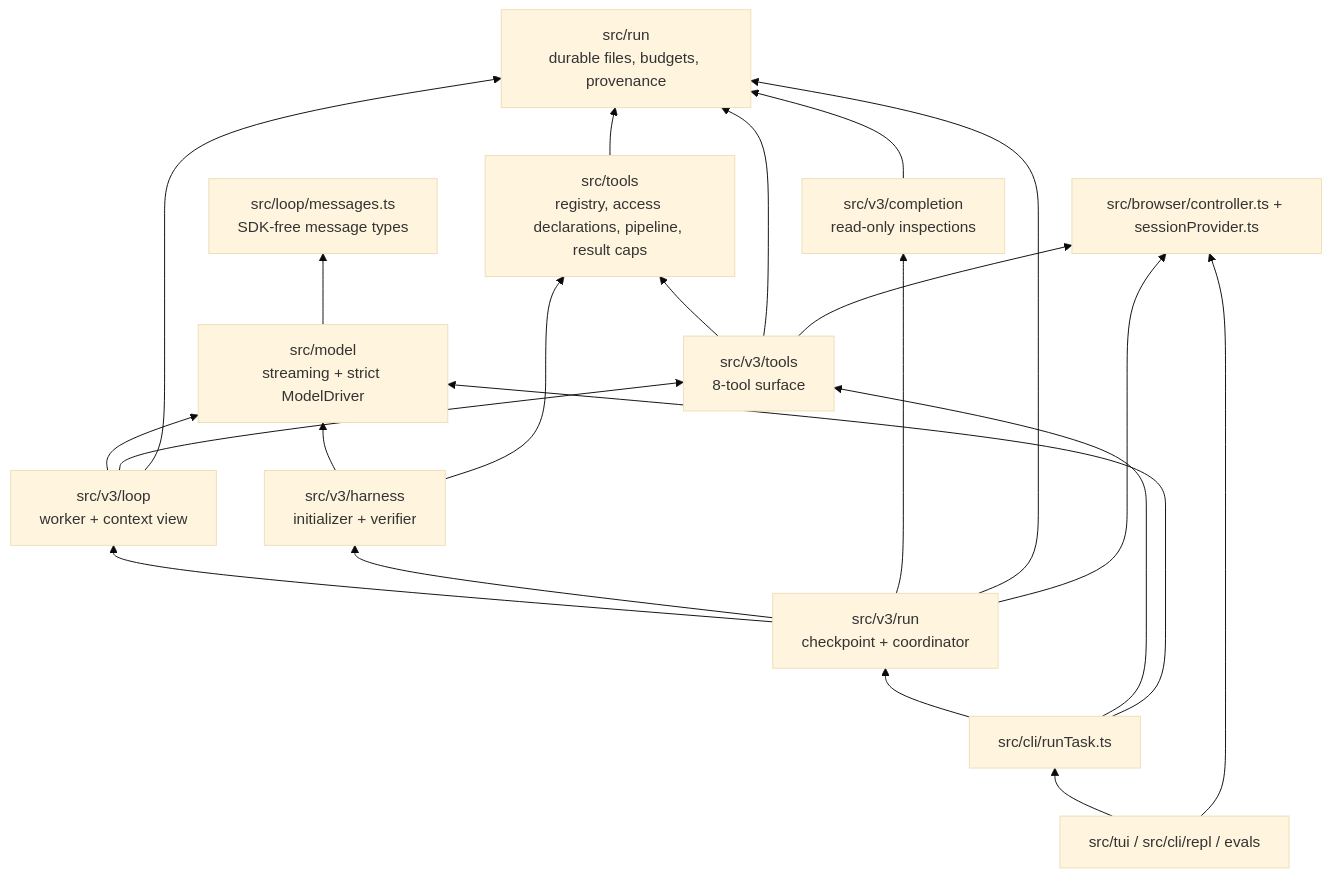
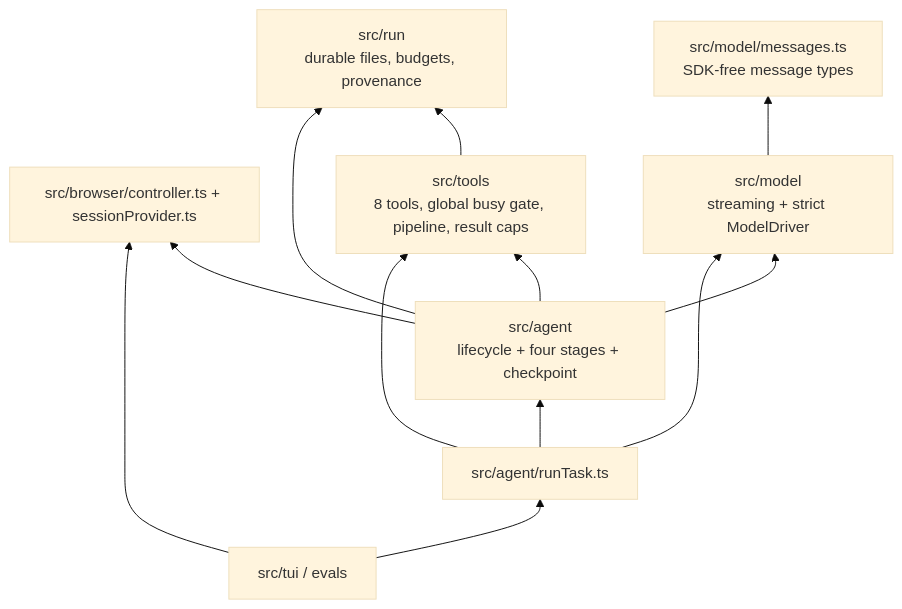
The second of 2 diagrams in .agents/summary/architecture.md (briosolivares/evidence-collection-agent), drawn with Mermaid (base theme) before and after one commit. The commit also changed other lines of this file and 14 other files, not shown here.

Commit message:
docs: refresh simplified production architecture

````diff
--- a/.agents/summary/architecture.md
+++ b/.agents/summary/architecture.md
@@ -40,15 +39,11 @@
 ```mermaid
 graph BT
     RUN["src/run\ndurable files, budgets, provenance"]
-    MSG["src/loop/messages.ts\nSDK-free message types"]
+    MSG["src/model/messages.ts\nSDK-free message types"]
     BIF["src/browser/controller.ts + sessionProvider.ts"]
-    TF["src/tools\nregistry, access declarations, pipeline, result caps"] --> RUN
+    TF["src/tools\n8 tools, global busy gate, pipeline, result caps"] --> RUN
     MODEL["src/model\nstreaming + strict ModelDriver"] --> MSG
-    V3T["src/v3/tools\n8-tool surface"] --> TF & RUN & BIF
-    V3L["src/v3/loop\nworker + context view"] --> MODEL & V3T & RUN
-    V3H["src/v3/harness\ninitializer + verifier"] --> MODEL & TF
-    V3C["src/v3/completion\nread-only inspections"] --> RUN
-    V3R["src/v3/run\ncheckpoint + coordinator"] --> V3L & V3H & V3C & RUN & BIF
-    CLI["src/cli/runTask.ts"] --> V3R & V3T & MODEL
-    UI["src/tui / src/cli/repl / evals"] --> CLI & BIF
+    AGENT["src/agent\nlifecycle + four stages + checkpoint"] --> MODEL & TF & RUN & BIF
+    COMPOSE["src/agent/runTask.ts"] --> AGENT & TF & MODEL
+    UI["src/tui / evals"] --> COMPOSE & BIF
 ```
````
